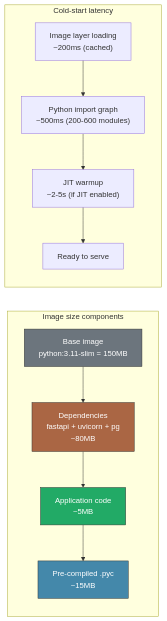
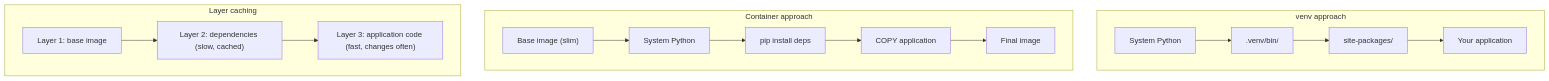
One commit to bumbsclaw/textbooks changed the fifth of 10 diagrams in vol-16-python-cpython-internals/ch12-packaging-deployment.md. Above: the diagram before and after it, drawn with Mermaid. The commit also changed other lines of this file and 9 other files, not shown here.

First line of the commit message:
fix(pdf, mermaid): syntax-highlighted code blocks + diagram label fixes

````diff
--- a/vol-16-python-cpython-internals/ch12-packaging-deployment.md
+++ b/vol-16-python-cpython-internals/ch12-packaging-deployment.md
@@ -638,24 +448,18 @@
 ```mermaid
-flowchart LR
-    subgraph SIZE["Image size components"]
-        BASE["Base image<br/>python:3.11-slim = 150MB"]
-        DEPS["Dependencies<br/>fastapi + uvicorn + pg<br/>~80MB"]
-        APP["Application code<br/>~5MB"]
-        PYC["Pre-compiled .pyc<br/>~15MB"]
+flowchart TD
+    subgraph "venv approach"
+        A1["System Python"] --> B1[".venv/bin/"]
+        B1 --> C1["site-packages/"]
+        C1 --> D1["Your application"]
     end
-
-    subgraph STARTUP["Cold-start latency"]
-        LOAD["Image layer loading<br/>~200ms (cached)"]
-        IMPORT["Python import graph<br/>~500ms (200-600 modules)"]
-        JIT_WARM["JIT warmup<br/>~2-5s (if JIT enabled)"]
-        READY["Ready to serve"]
+    subgraph "Container approach"
+        A2["Base image (slim)"] --> B2["System Python"]
+        B2 --> C2["pip install deps"]
+        C2 --> D2["COPY application"]
+        D2 --> E2["Final image"]
     end
-
-    BASE --> DEPS --> APP --> PYC
-    LOAD --> IMPORT --> JIT_WARM --> READY
-
-    style BASE fill:#6c757d,stroke:#333,color:#fff
-    style DEPS fill:#a64,stroke:#333,color:#fff
-    style APP fill:#2a6,stroke:#333,color:#fff
-    style PYC fill:#48a,stroke:#333,color:#fff
+    subgraph "Layer caching"
+        F["Layer 1: base image"] --> G["Layer 2: dependencies (slow, cached)"]
+        G --> H["Layer 3: application code (fast, changes often)"]
+    end
 ```
````
